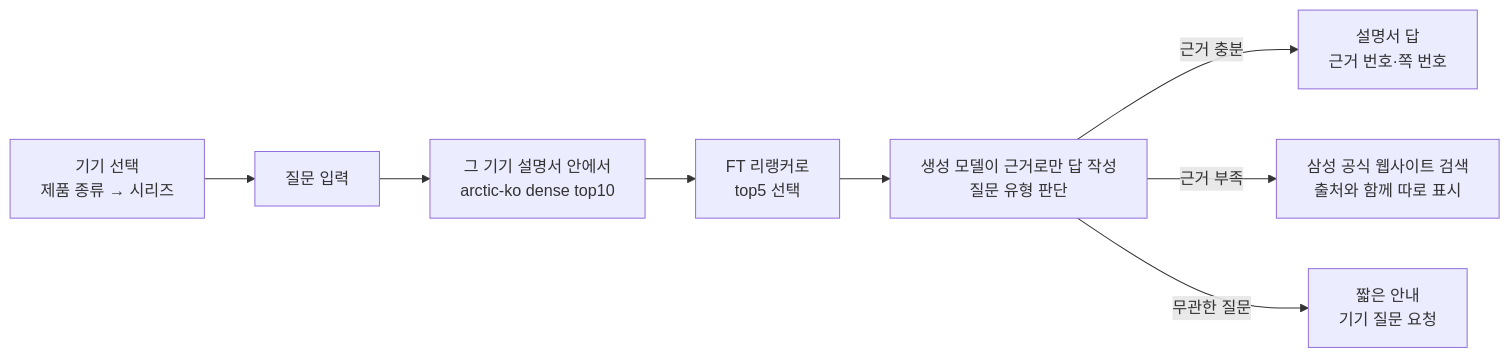
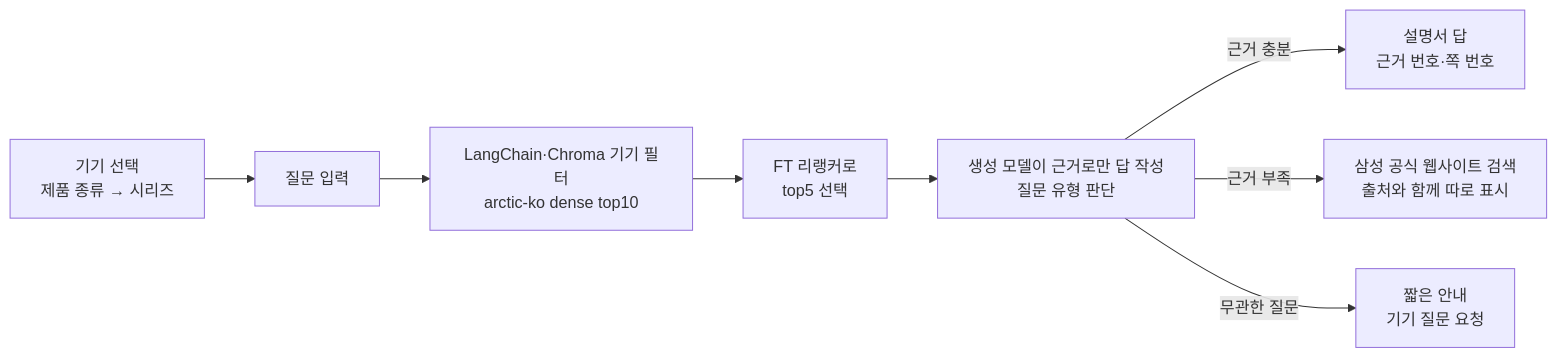
One commit to hyun8838/samsung-mobile-rag changed the diagram in README.md. Above: the diagram before and after it, drawn with Mermaid. The commit also changed other lines of this file and 12 other files, not shown here.

First line of the commit message:
Use LangChain + Chroma for app retrieval and add RAGAS R@5 scripts

````diff
--- a/README.md
+++ b/README.md
@@ -18,10 +18,10 @@
 ```mermaid
 flowchart LR
   A[기기 선택<br/>제품 종류 → 시리즈] --> B[질문 입력]
-  B --> C[그 기기 설명서 안에서<br/>arctic-ko dense top10]
+  B --> C[LangChain·Chroma 기기 필터<br/>arctic-ko dense top10]
   C --> D[FT 리랭커로<br/>top5 선택]
   D --> E[생성 모델이 근거로만 답 작성<br/>질문 유형 판단]
   E -->|근거 충분| F[설명서 답<br/>근거 번호·쪽 번호]
   E -->|근거 부족| G[삼성 공식 웹사이트 검색<br/>출처와 함께 따로 표시]
   E -->|무관한 질문| H[짧은 안내<br/>기기 질문 요청]
 ```
````
